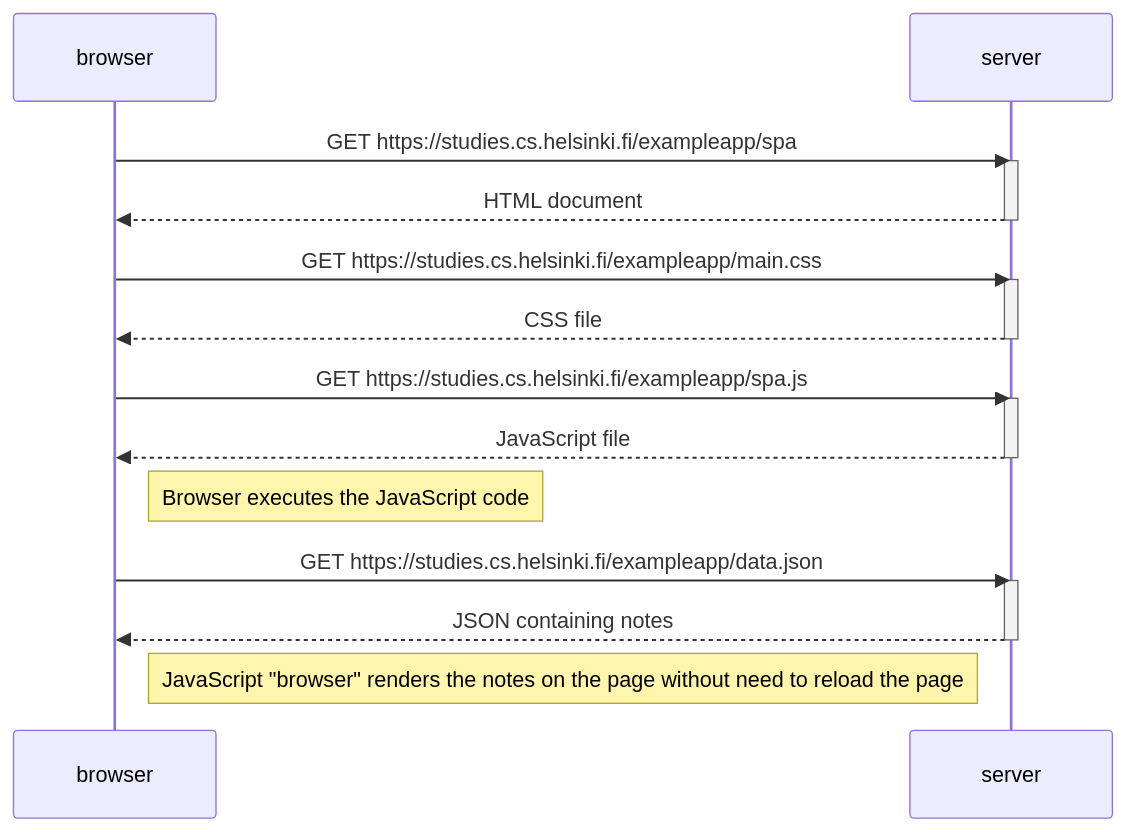
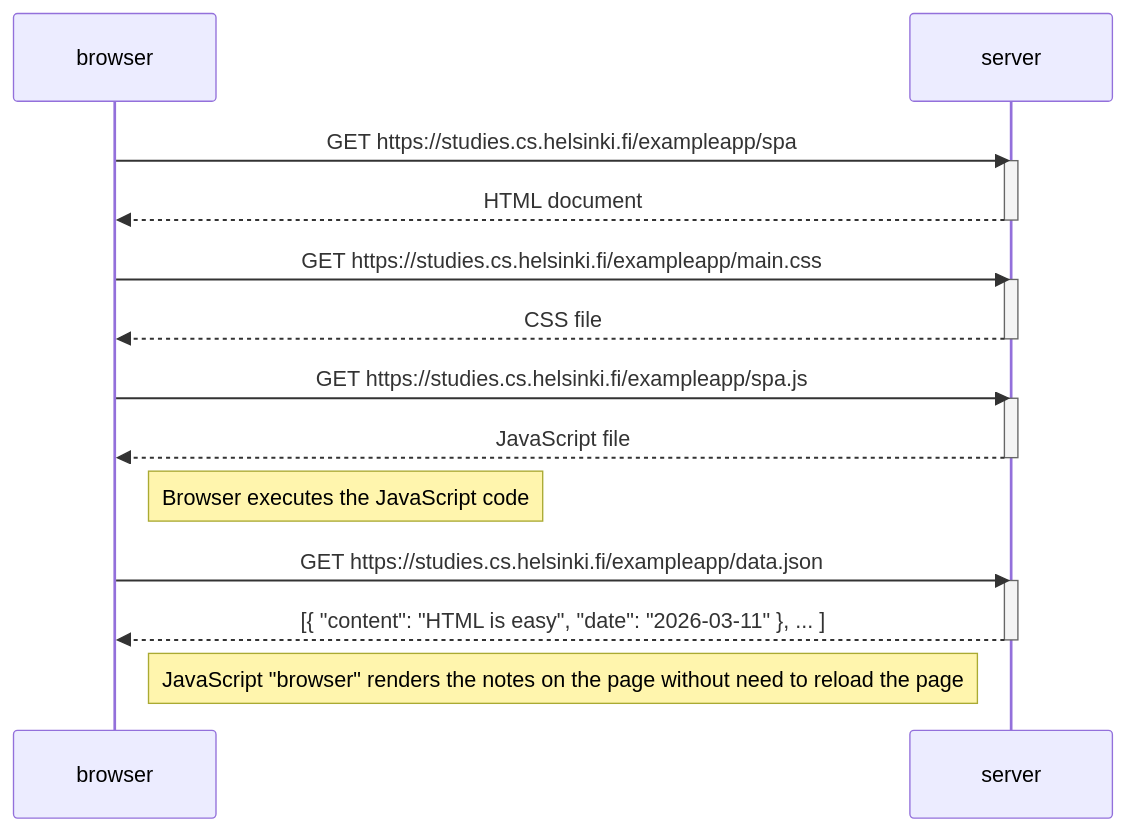
The diagram in part0/0.5.md (menna-eltahawy/fullstackopen), drawn with Mermaid before and after one commit. The commit also changed 2 other files, not shown here.

Commit message:
part0 exercises 0.4 0.5 0.6

````diff
--- a/part0/0.5.md
+++ b/part0/0.5.md
@@ -1,29 +1,29 @@
 ```mermaid
 sequenceDiagram
     participant browser
     participant server
 
     browser->>server: GET https://studies.cs.helsinki.fi/exampleapp/spa
     activate server
     server-->>browser: HTML document
     deactivate server
 
     browser->>server: GET https://studies.cs.helsinki.fi/exampleapp/main.css
     activate server
     server-->>browser: CSS file
     deactivate server
 
     browser->>server: GET https://studies.cs.helsinki.fi/exampleapp/spa.js
     activate server
     server-->>browser: JavaScript file
     deactivate server
 
     Note right of browser: Browser executes the JavaScript code
 
     browser->>server: GET https://studies.cs.helsinki.fi/exampleapp/data.json
     activate server
-    server-->>browser: JSON containing notes
+    server-->>browser: [{ "content": "HTML is easy", "date": "2026-03-11" }, ... ]
     deactivate server
 
     Note right of browser: JavaScript "browser" renders the notes on the page without need to reload the page
 ```
````
